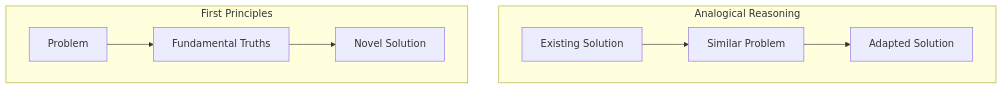
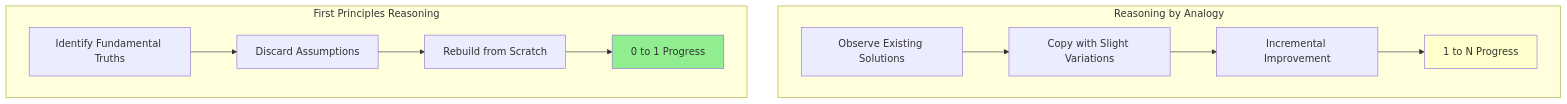
The third of 5 diagrams in first-principles-thinking.md (dkphung/research-vault), drawn with Mermaid before and after one commit. The commit also changed other lines of this file, not shown here.

First line of the commit message:
docs: revise first principles thinking research

````diff
--- a/first-principles-thinking.md
+++ b/first-principles-thinking.md
@@ -196,12 +194,17 @@
 ```mermaid
 flowchart TD
-    subgraph "Analogical Reasoning"
-        A1[Existing Solution] --> A2[Similar Problem]
-        A2 --> A3[Adapted Solution]
+    subgraph "Reasoning by Analogy"
+        A1[Observe Existing Solutions] --> A2[Copy with Slight Variations]
+        A2 --> A3[Incremental Improvement]
+        A3 --> A4[1 to N Progress]
     end
 
-    subgraph "First Principles"
-        B1[Problem] --> B2[Fundamental Truths]
-        B2 --> B3[Novel Solution]
+    subgraph "First Principles Reasoning"
+        B1[Identify Fundamental Truths] --> B2[Discard Assumptions]
+        B2 --> B3[Rebuild from Scratch]
+        B3 --> B4[0 to 1 Progress]
     end
+
+    style A4 fill:#ffffcc
+    style B4 fill:#90EE90
 ```
````
